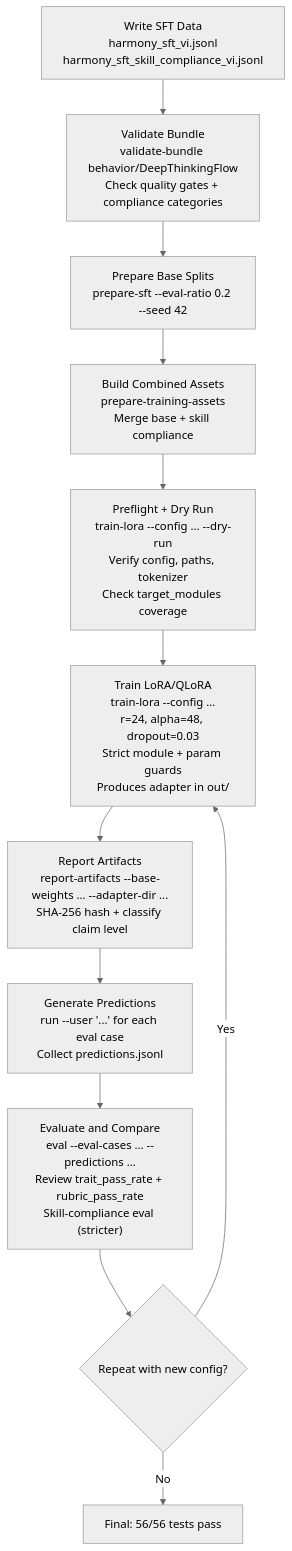
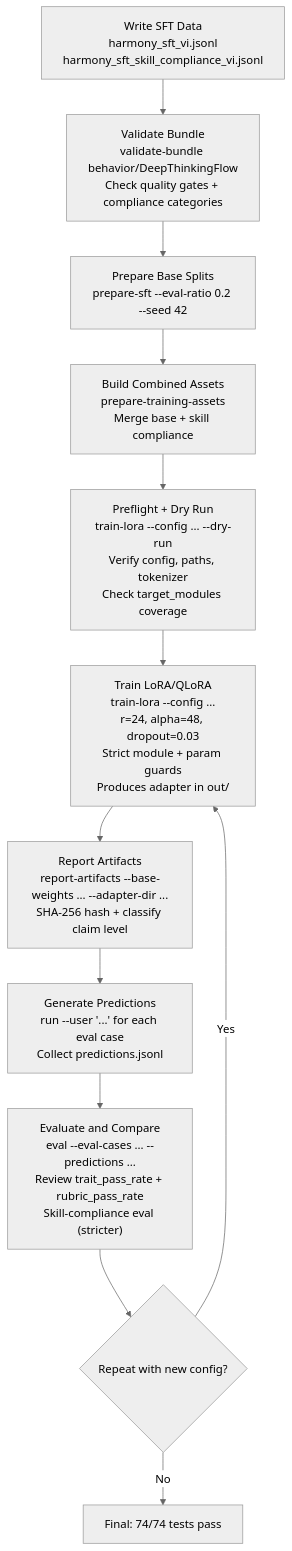
One commit to DeepThinkingFlow/DeepThinkingFlow-AI changed the ninth of 19 diagrams in README.md. Above: the diagram before and after it, drawn with Mermaid (neutral theme). The commit also changed other lines of this file and 37 other files, not shown here.

````diff
--- a/README.md
+++ b/README.md
@@ -828,15 +834,15 @@
 ```mermaid
 flowchart TD
     A["Write SFT Data<br/>harmony_sft_vi.jsonl<br/>harmony_sft_skill_compliance_vi.jsonl"]
     A --> B["Validate Bundle<br/>validate-bundle behavior/DeepThinkingFlow<br/>Check quality gates + compliance categories"]
     B --> C["Prepare Base Splits<br/>prepare-sft --eval-ratio 0.2 --seed 42"]
     C --> D["Build Combined Assets<br/>prepare-training-assets<br/>Merge base + skill compliance"]
     D --> E["Preflight + Dry Run<br/>train-lora --config ... --dry-run<br/>Verify config, paths, tokenizer<br/>Check target_modules coverage"]
     E --> F["Train LoRA/QLoRA<br/>train-lora --config ...<br/>r=24, alpha=48, dropout=0.03<br/>Strict module + param guards<br/>Produces adapter in out/"]
     F --> G["Report Artifacts<br/>report-artifacts --base-weights ... --adapter-dir ...<br/>SHA-256 hash + classify claim level"]
     G --> H["Generate Predictions<br/>run --user '...' for each eval case<br/>Collect predictions.jsonl"]
     H --> I["Evaluate and Compare<br/>eval --eval-cases ... --predictions ...<br/>Review trait_pass_rate + rubric_pass_rate<br/>Skill-compliance eval (stricter)"]
     I --> J{"Repeat with new config?"}
     J -- Yes --> F
-    J -- No --> K["Final: 56/56 tests pass"]
+    J -- No --> K["Final: 74/74 tests pass"]
 ```
````
